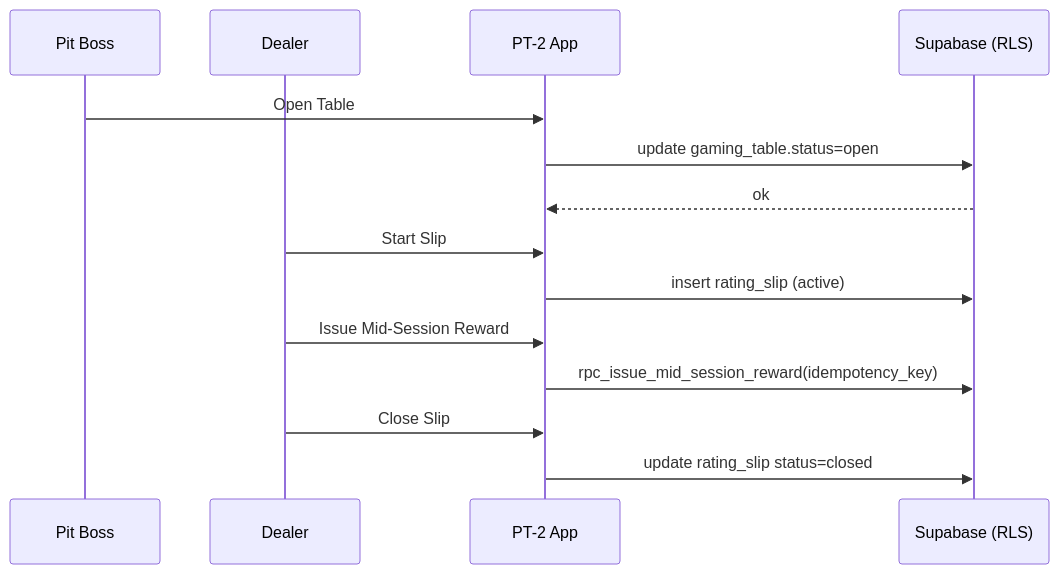
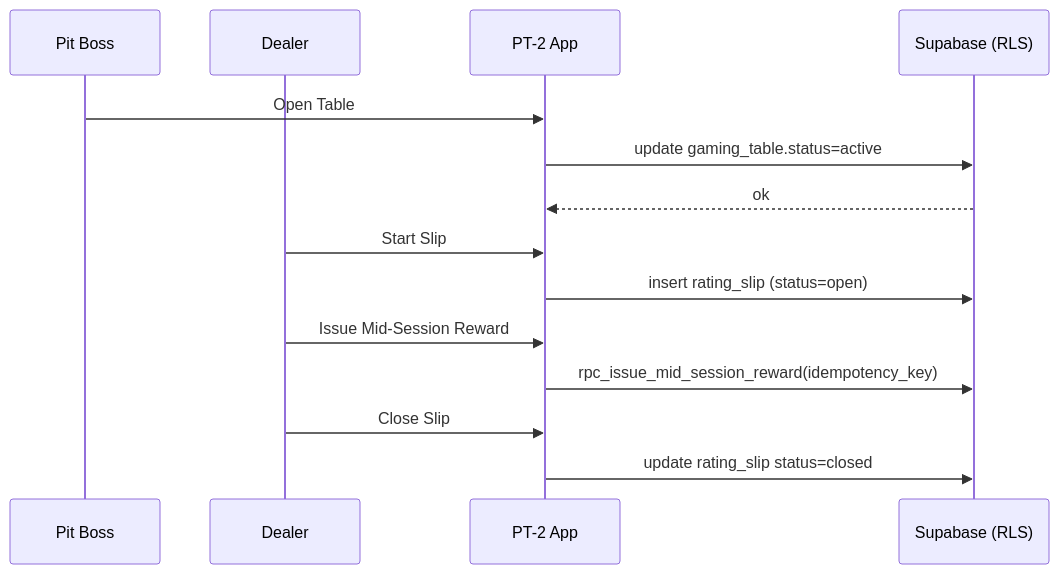
The diagram in docs/10-prd/PRD-001_Player_Management_System_Requirements.md (diepulp/pt-2), drawn with Mermaid before and after one commit. The commit also changed other lines of this file and 24 other files, not shown here.

````diff
--- a/docs/10-prd/PRD-001_Player_Management_System_Requirements.md
+++ b/docs/10-prd/PRD-001_Player_Management_System_Requirements.md
@@ -264,16 +277,16 @@
 ```mermaid
 sequenceDiagram
   participant PB as Pit Boss
   participant D as Dealer
   participant App as PT-2 App
   participant DB as Supabase (RLS)
   PB->>App: Open Table
-  App->>DB: update gaming_table.status=open
+  App->>DB: update gaming_table.status=active
   DB-->>App: ok
   D->>App: Start Slip
-  App->>DB: insert rating_slip (active)
+  App->>DB: insert rating_slip (status=open)
   D->>App: Issue Mid-Session Reward
   App->>DB: rpc_issue_mid_session_reward(idempotency_key)
   D->>App: Close Slip
   App->>DB: update rating_slip status=closed
 ```
````
